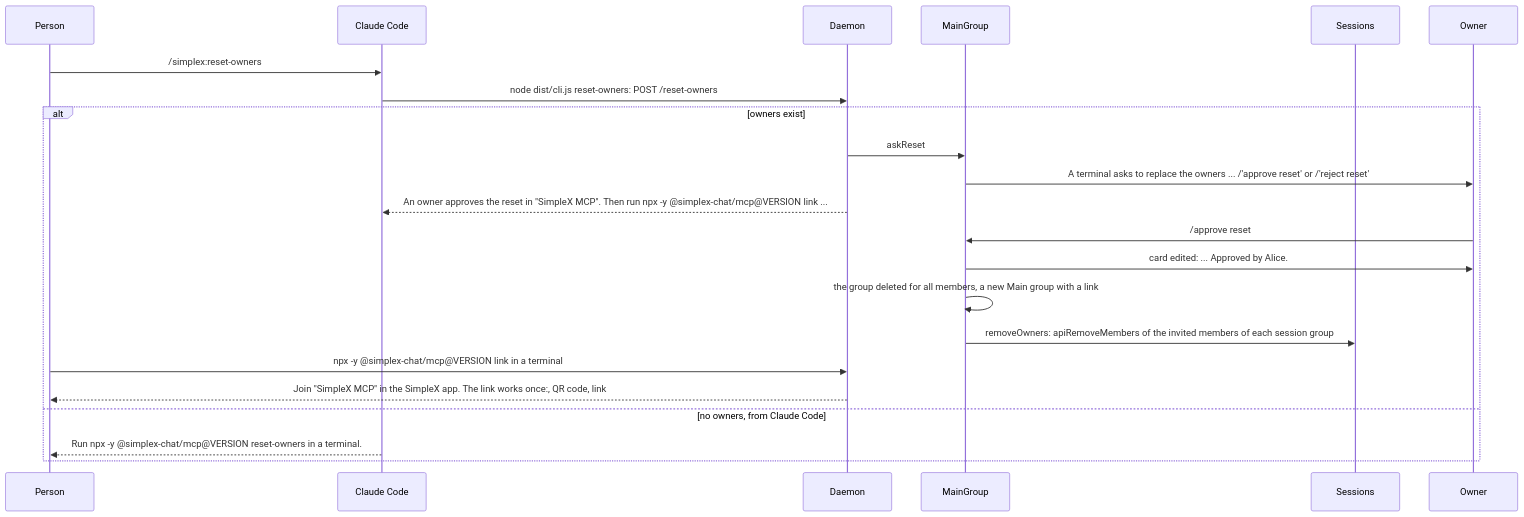
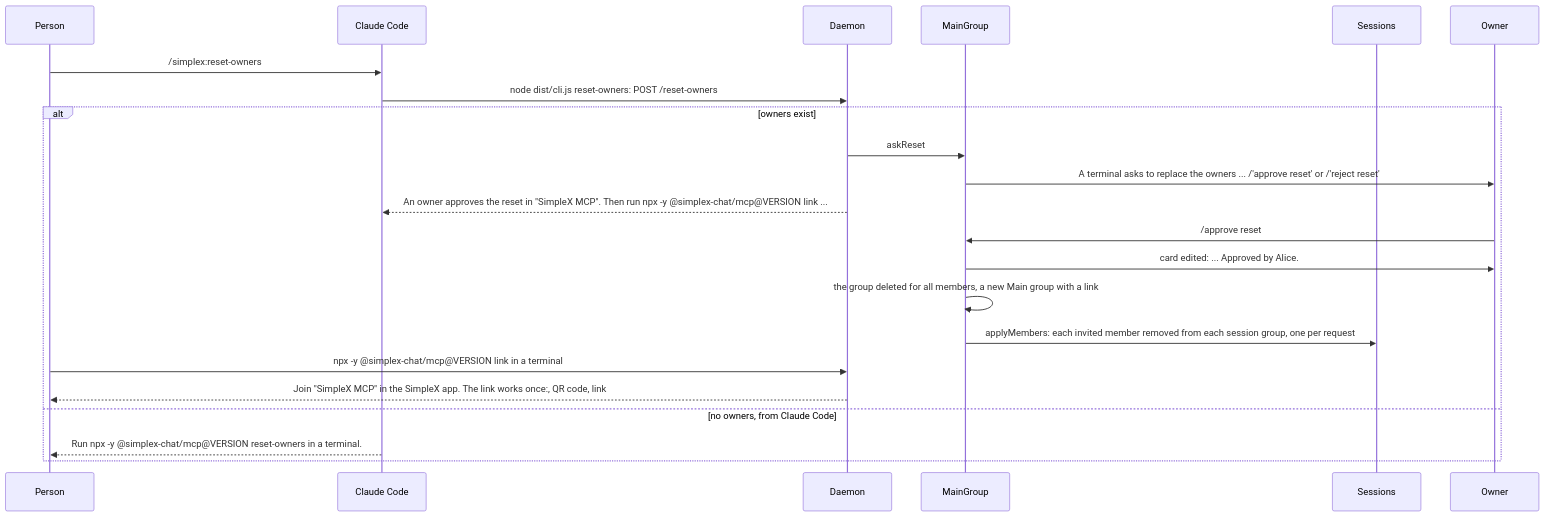
One commit to simplex-chat/simplex-chat changed diagram 25 of 30 in packages/simplex-chat-mcp/spec/flows.md. Above: the diagram before and after it, drawn with Mermaid. The commit also changed other lines of this file and 3 other files, not shown here.

````diff
--- a/packages/simplex-chat-mcp/spec/flows.md
+++ b/packages/simplex-chat-mcp/spec/flows.md
@@ -1072,24 +1076,24 @@
 ```mermaid
 sequenceDiagram
   participant P as Person
   participant CC as Claude Code
   participant D as Daemon
   participant M as MainGroup
   participant N as Sessions
   participant O as Owner
   P->>CC: /simplex:reset-owners
   CC->>D: node dist/cli.js reset-owners: POST /reset-owners
   alt owners exist
     D->>M: askReset
     M->>O: A terminal asks to replace the owners ... /'approve reset' or /'reject reset'
     D-->>CC: An owner approves the reset in "SimpleX MCP". Then run npx -y @simplex-chat/mcp@VERSION link ...
     O->>M: /approve reset
     M->>O: card edited: ... Approved by Alice.
     M->>M: the group deleted for all members, a new Main group with a link
-    M->>N: removeOwners: apiRemoveMembers of the invited members of each session group
+    M->>N: applyMembers: each invited member removed from each session group, one per request
     P->>D: npx -y @simplex-chat/mcp@VERSION link in a terminal
     D-->>P: Join "SimpleX MCP" in the SimpleX app. The link works once:, QR code, link
   else no owners, from Claude Code
     CC-->>P: Run npx -y @simplex-chat/mcp@VERSION reset-owners in a terminal.
   end
 ```
````
